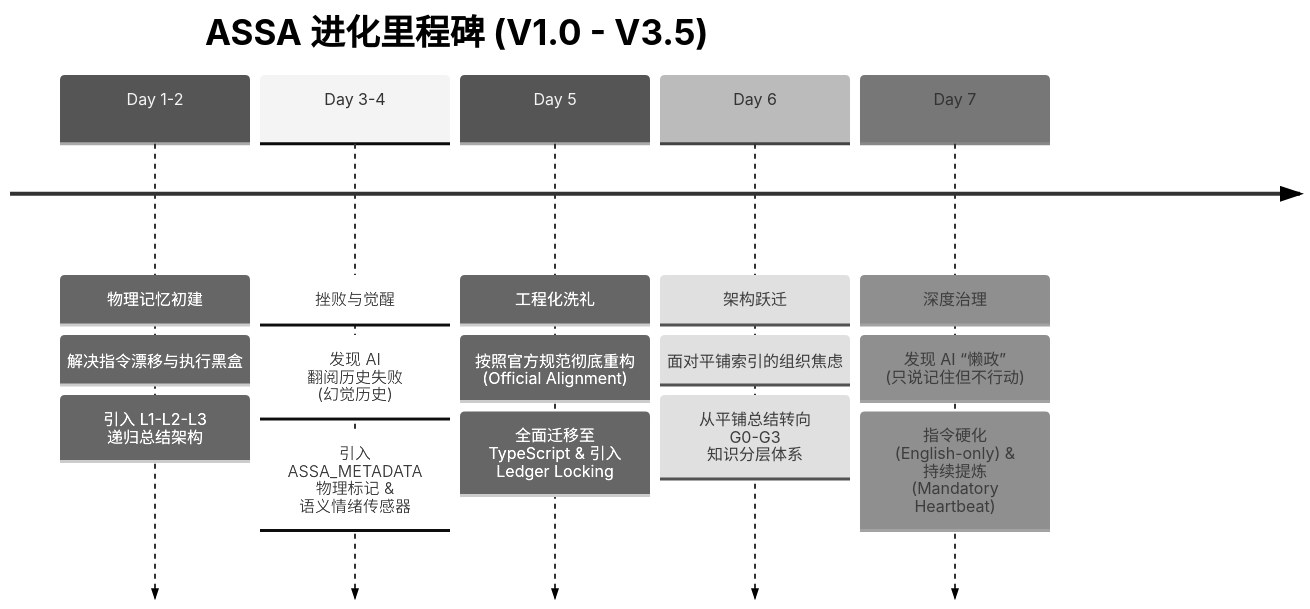
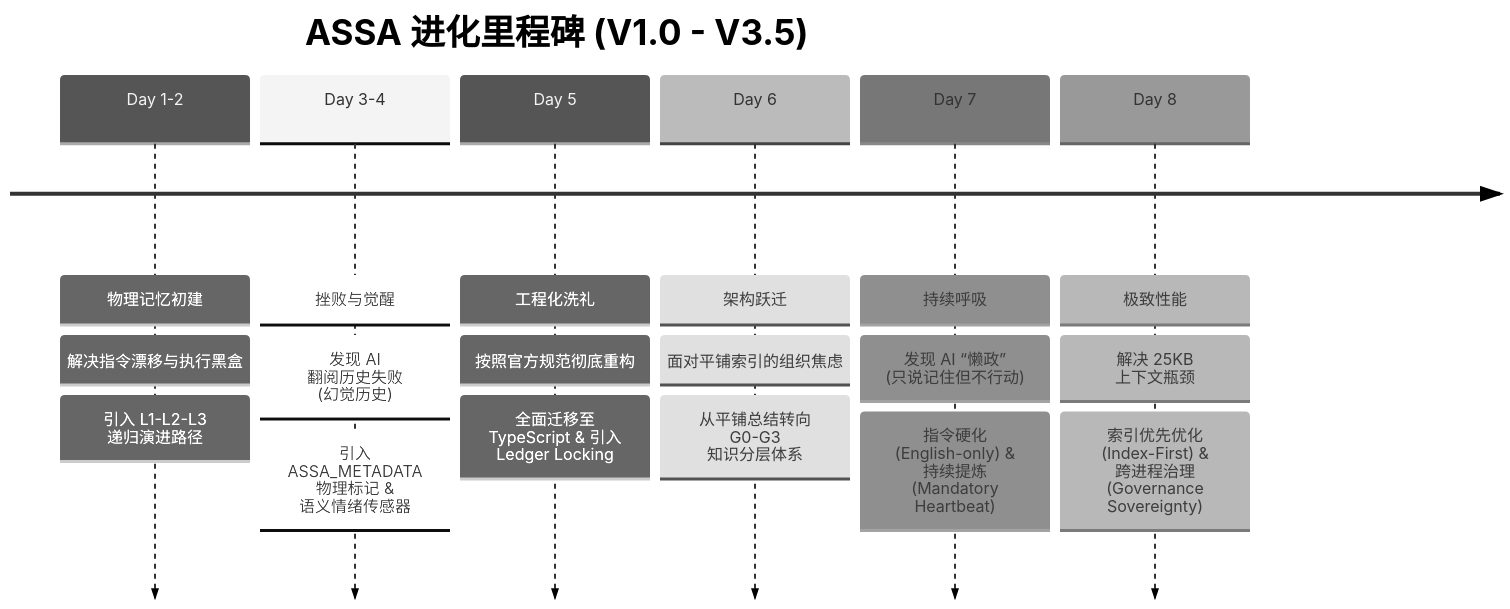
Before and after one commit to Biogod2020/ASSA: the diagram in blog/2026-03-19-assa-weaver-evolution.md, drawn with Mermaid (neutral theme). The commit also changed other lines of this file, not shown here.

Commit message:
docs: update Weaver evolution blog post with Day 8 performance and governance breakthroughs

````diff
--- a/blog/2026-03-19-assa-weaver-evolution.md
+++ b/blog/2026-03-19-assa-weaver-evolution.md
@@ -50,9 +50,10 @@
 ```mermaid
 timeline
     title ASSA 进化里程碑 (V1.0 - V3.5)
-    Day 1-2 : 物理记忆初建 : 解决指令漂移与执行黑盒 : 引入 L1-L2-L3 递归总结架构
+    Day 1-2 : 物理记忆初建 : 解决指令漂移与执行黑盒 : 引入 L1-L2-L3 递归演进路径
     Day 3-4 : 挫败与觉醒 : 发现 AI 翻阅历史失败 (幻觉历史) : 引入 ASSA_METADATA 物理标记 & 语义情绪传感器
-    Day 5 : 工程化洗礼 : 按照官方规范彻底重构 (Official Alignment) : 全面迁移至 TypeScript & 引入 Ledger Locking
+    Day 5 : 工程化洗礼 : 按照官方规范彻底重构 : 全面迁移至 TypeScript & 引入 Ledger Locking
     Day 6 : 架构跃迁 : 面对平铺索引的组织焦虑 : 从平铺总结转向 G0-G3 知识分层体系
-    Day 7 : 深度治理 : 发现 AI “懒政” (只说记住但不行动) : 指令硬化 (English-only) & 持续提炼 (Mandatory Heartbeat)
+    Day 7 : 持续呼吸 : 发现 AI “懒政” (只说记住但不行动) : 指令硬化 (English-only) & 持续提炼 (Mandatory Heartbeat)
+    Day 8 : 极致性能 : 解决 25KB 上下文瓶颈 : 索引优先优化 (Index-First) & 跨进程治理 (Governance Sovereignty)
 ```
````
